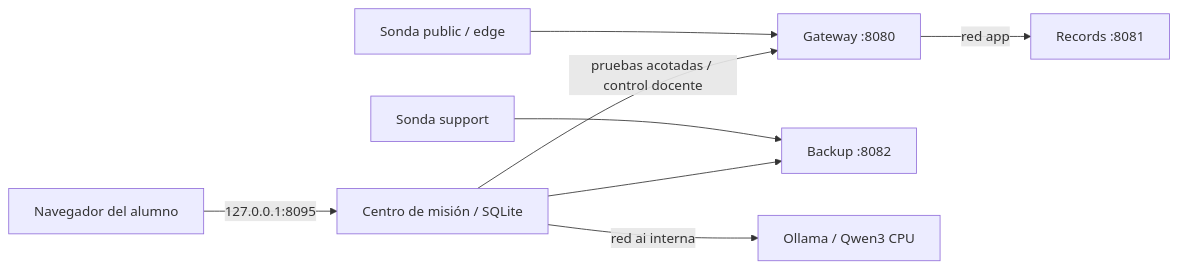
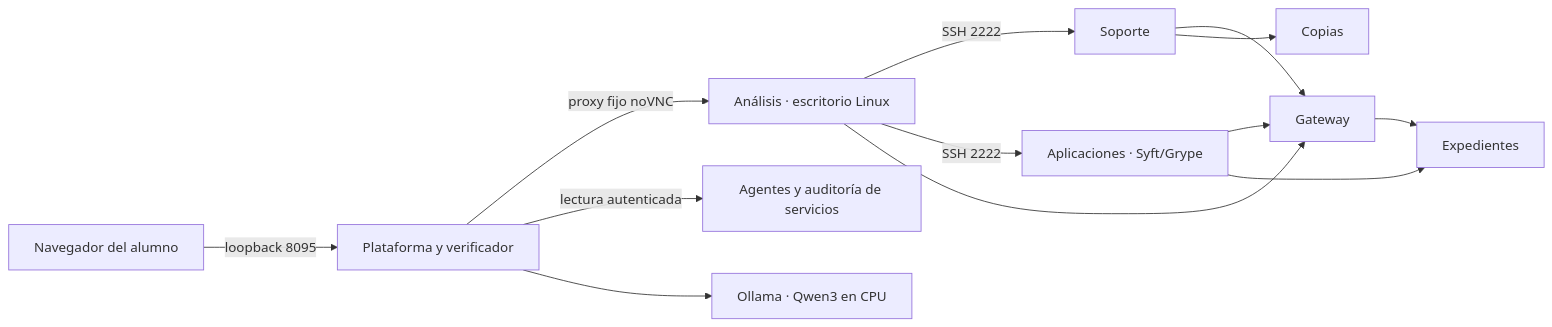
One commit to vtomasv/vulncorp-mission-lab changed the diagram in docs/ARQUITECTURA.md. Above: the diagram before and after it, drawn with Mermaid. The commit also changed other lines of this file and 48 other files, not shown here.

````diff
--- a/docs/ARQUITECTURA.md
+++ b/docs/ARQUITECTURA.md
@@ -3,10 +3,15 @@
 ```mermaid
 flowchart LR
-  H[Navegador del alumno] -->|127.0.0.1:8095| M[Centro de misión / SQLite]
-  P[Sonda public / edge] --> G[Gateway :8080]
-  G -->|red app| R[Records :8081]
-  S[Sonda support] --> B[Backup :8082]
-  M -->|pruebas acotadas / control docente| G
-  M --> B
-  M -->|red ai interna| O[Ollama / Qwen3 CPU]
+ B[Navegador del alumno] -->|loopback 8095| M[Plataforma y verificador]
+ M -->|proxy fijo noVNC| W[Análisis · escritorio Linux]
+ W -->|SSH 2222| O[Soporte]
+ W -->|SSH 2222| A[Aplicaciones · Syft/Grype]
+ W --> G[Gateway]
+ O --> G
+ O --> K[Copias]
+ A --> G
+ A --> R[Expedientes]
+ G --> R
+ M -->|lectura autenticada| E[Agentes y auditoría de servicios]
+ M --> I[Ollama · Qwen3 en CPU]
 ```
````
